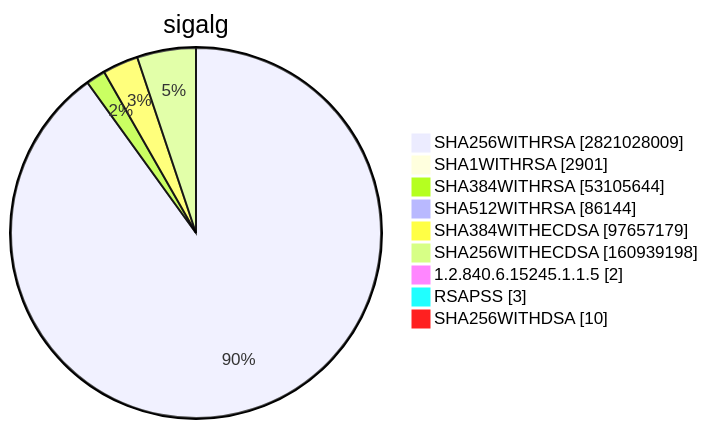
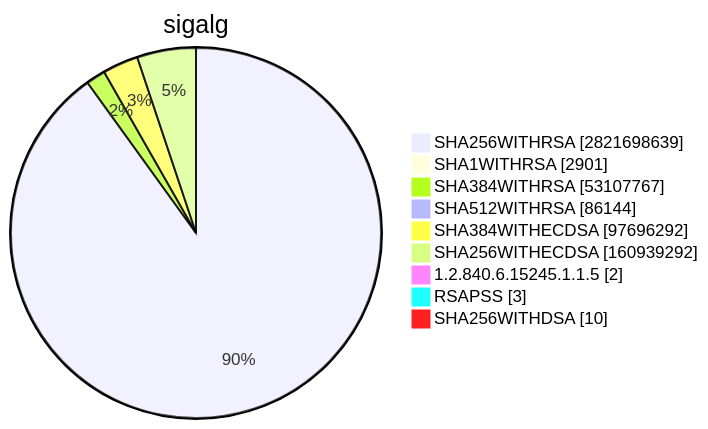
Before and after one commit to christiankrug/ctmonitor_visualization: diagram 15 of 15 in TOTAL/README.md, drawn with Mermaid. The commit also changed other lines of this file, not shown here.

````diff
--- a/TOTAL/README.md
+++ b/TOTAL/README.md
@@ -6207,13 +6207,13 @@
 ```mermaid
 pie showData
 title sigalg
-"SHA256WITHRSA" :2821028009
+"SHA256WITHRSA" :2821698639
 "SHA1WITHRSA" :2901
-"SHA384WITHRSA" :53105644
+"SHA384WITHRSA" :53107767
 "SHA512WITHRSA" :86144
-"SHA384WITHECDSA" :97657179
-"SHA256WITHECDSA" :160939198
+"SHA384WITHECDSA" :97696292
+"SHA256WITHECDSA" :160939292
 "1.2.840.6.15245.1.1.5" :2
 "RSAPSS" :3
 "SHA256WITHDSA" :10
 ```
````
